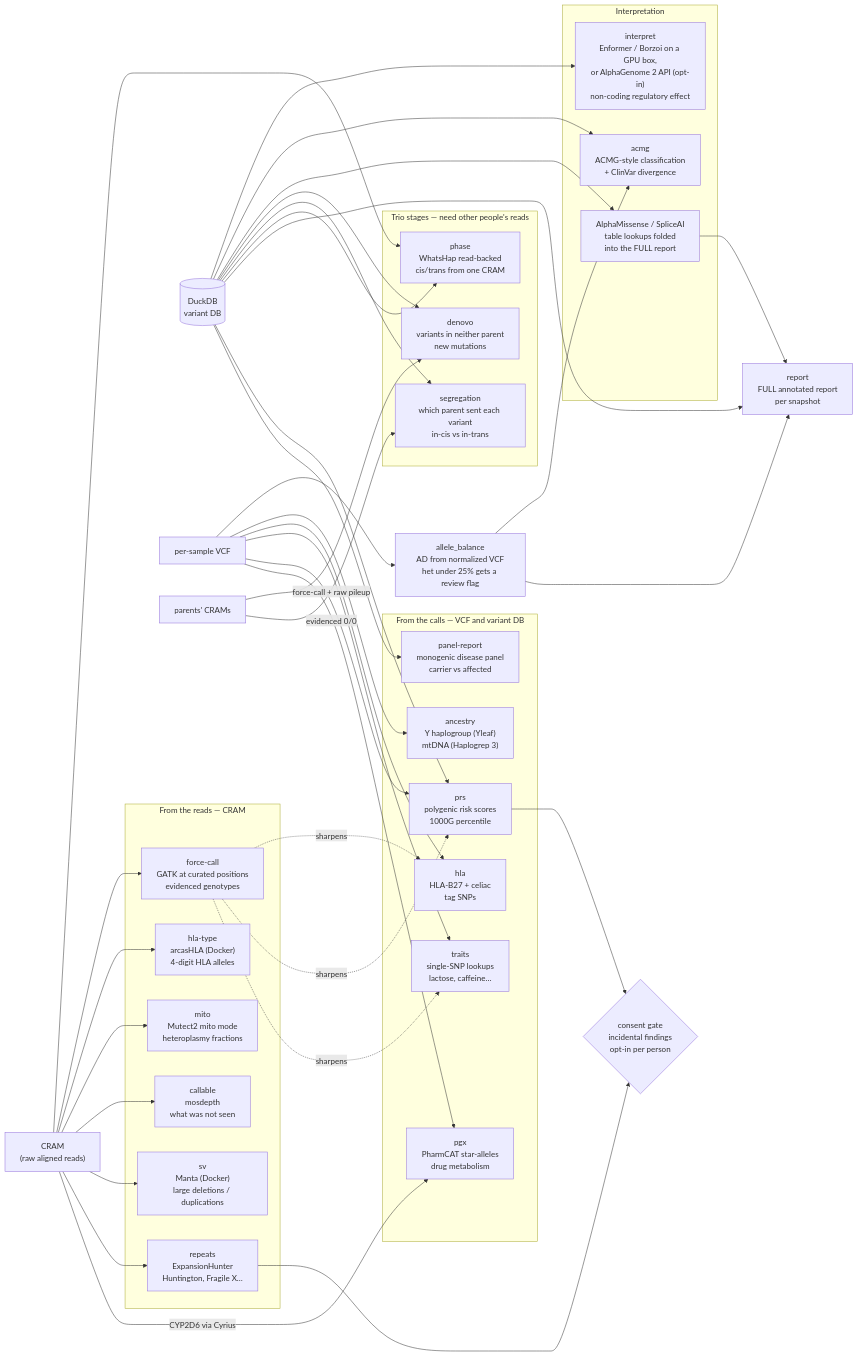
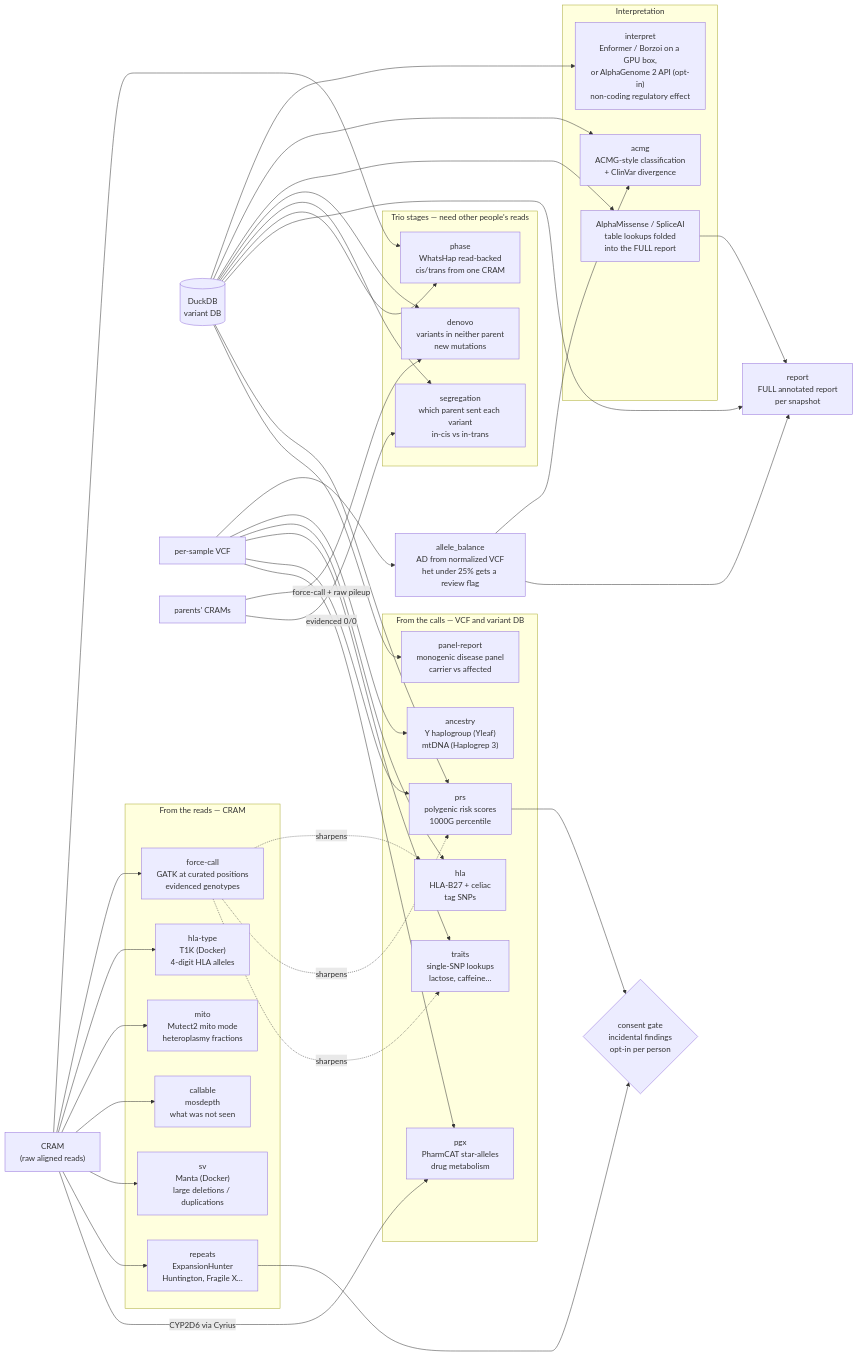
The second of 7 diagrams in docs/architecture.md (pgodlews/genome-ledger), drawn with Mermaid before and after one commit. The commit also changed other lines of this file and 9 other files, not shown here.

First line of the commit message:
hla-type: replace arcasHLA with T1K and flag low-confidence calls

````diff
--- a/docs/architecture.md
+++ b/docs/architecture.md
@@ -68,75 +68,75 @@
 ```mermaid
 flowchart LR
     DB[("DuckDB<br/>variant DB")]
     CRAM["CRAM<br/>(raw aligned reads)"]
     VCF["per-sample VCF"]
     PCRAM["parents' CRAMs"]
 
     subgraph LOOKUP["From the calls — VCF and variant DB"]
         PANEL["panel-report<br/>monogenic disease panel<br/>carrier vs affected"]
         PGX["pgx<br/>PharmCAT star-alleles<br/>drug metabolism"]
         PRS["prs<br/>polygenic risk scores<br/>1000G percentile"]
         TRAITS["traits<br/>single-SNP lookups<br/>lactose, caffeine…"]
         ANC["ancestry<br/>Y haplogroup (Yleaf)<br/>mtDNA (Haplogrep 3)"]
         HLA["hla<br/>HLA-B27 + celiac<br/>tag SNPs"]
     end
 
     subgraph READS["From the reads — CRAM"]
         REP["repeats<br/>ExpansionHunter<br/>Huntington, Fragile X…"]
         SV["sv<br/>Manta (Docker)<br/>large deletions / duplications"]
         COV["callable<br/>mosdepth<br/>what was not seen"]
         MITO["mito<br/>Mutect2 mito mode<br/>heteroplasmy fractions"]
-        HLAT["hla-type<br/>arcasHLA (Docker)<br/>4-digit HLA alleles"]
+        HLAT["hla-type<br/>T1K (Docker)<br/>4-digit HLA alleles"]
         FC["force-call<br/>GATK at curated positions<br/>evidenced genotypes"]
     end
 
     subgraph TRIO["Trio stages — need other people's reads"]
         PHASE["phase<br/>WhatsHap read-backed<br/>cis/trans from one CRAM"]
         SEG["segregation<br/>which parent sent each variant<br/>in-cis vs in-trans"]
         DN["denovo<br/>variants in neither parent<br/>new mutations"]
     end
 
     subgraph INTERP["Interpretation"]
         AM["AlphaMissense / SpliceAI<br/>table lookups folded<br/>into the FULL report"]
         ACMG["acmg<br/>ACMG-style classification<br/>+ ClinVar divergence"]
         REG["interpret<br/>Enformer / Borzoi on a GPU box,<br/>or AlphaGenome 2 API (opt-in)<br/>non-coding regulatory effect"]
     end
 
     REPORT["report<br/>FULL annotated report<br/>per snapshot"]
     AB["allele_balance<br/>AD from normalized VCF<br/>het under 25% gets a review flag"]
     GATE{"consent gate<br/>incidental findings<br/>opt-in per person"}
 
     DB --> PANEL
     DB --> PRS
     DB --> REPORT
     VCF --> PGX
     CRAM -->|"CYP2D6 via Cyrius"| PGX
     VCF --> PRS
     VCF --> TRAITS
     VCF --> HLA
     VCF --> ANC
     CRAM --> REP
     CRAM --> SV
     CRAM --> COV
     CRAM --> MITO
     CRAM --> HLAT
     CRAM --> FC
     FC -.->|"sharpens"| TRAITS
     FC -.->|"sharpens"| PRS
     FC -.->|"sharpens"| HLA
     CRAM --> PHASE
     DB --> PHASE
     DB --> SEG
     DB --> DN
     PCRAM -->|"evidenced 0/0"| SEG
     PCRAM -->|"force-call + raw pileup"| DN
     DB --> AM
     AM --> REPORT
     VCF --> AB
     AB --> REPORT
     AB --> ACMG
     DB --> ACMG
     DB --> REG
     REP --> GATE
     PRS --> GATE
 ```
````
